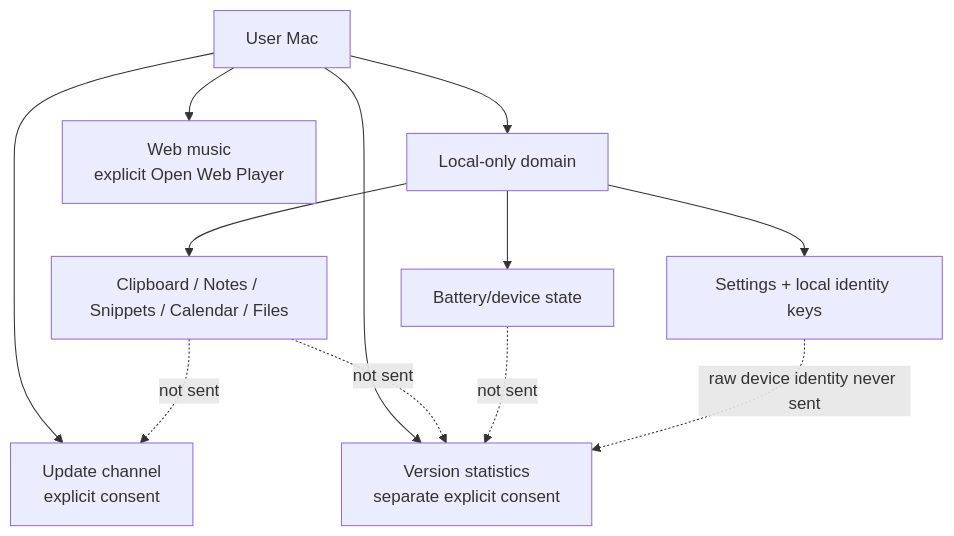
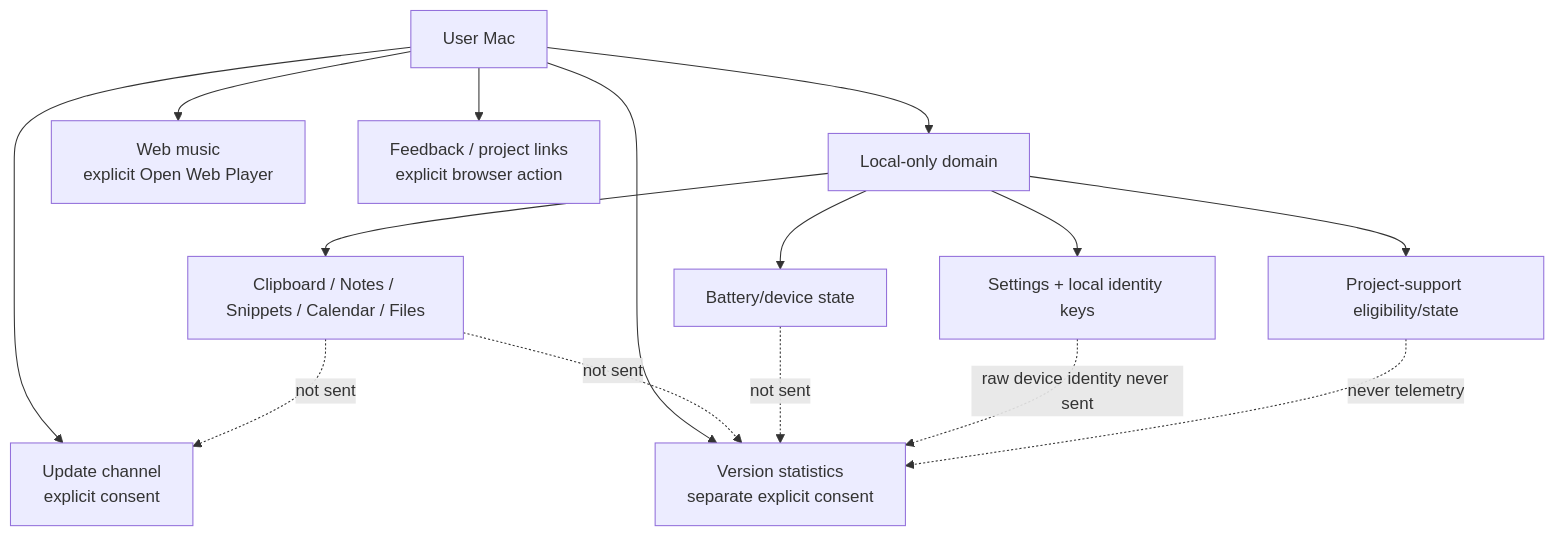
The diagram in knowledge-base/06-security/privacy-boundaries.md (TumanovNV/impuls), drawn with Mermaid before and after one commit. The commit also changed other lines of this file and 31 other files, not shown here.

````diff
--- a/knowledge-base/06-security/privacy-boundaries.md
+++ b/knowledge-base/06-security/privacy-boundaries.md
@@ -15,16 +15,19 @@
 ```mermaid
 flowchart TD
     USER[User Mac] --> LOCAL[Local-only domain]
     LOCAL --> CONTENT[Clipboard / Notes / Snippets / Calendar / Files]
     LOCAL --> DEVICE[Battery/device state]
     LOCAL --> PREF[Settings + local identity keys]
+    LOCAL --> SUPPORT[Project-support eligibility/state]
 
     USER --> N1[Update channel\nexplicit consent]
     USER --> N2[Web music\nexplicit Open Web Player]
     USER --> N3[Version statistics\nseparate explicit consent]
+    USER --> BROWSER[Feedback / project links\nexplicit browser action]
 
     CONTENT -.not sent.-> N1
     CONTENT -.not sent.-> N3
     DEVICE -.not sent.-> N3
     PREF -.raw device identity never sent.-> N3
+    SUPPORT -.never telemetry.-> N3
 ```
````
